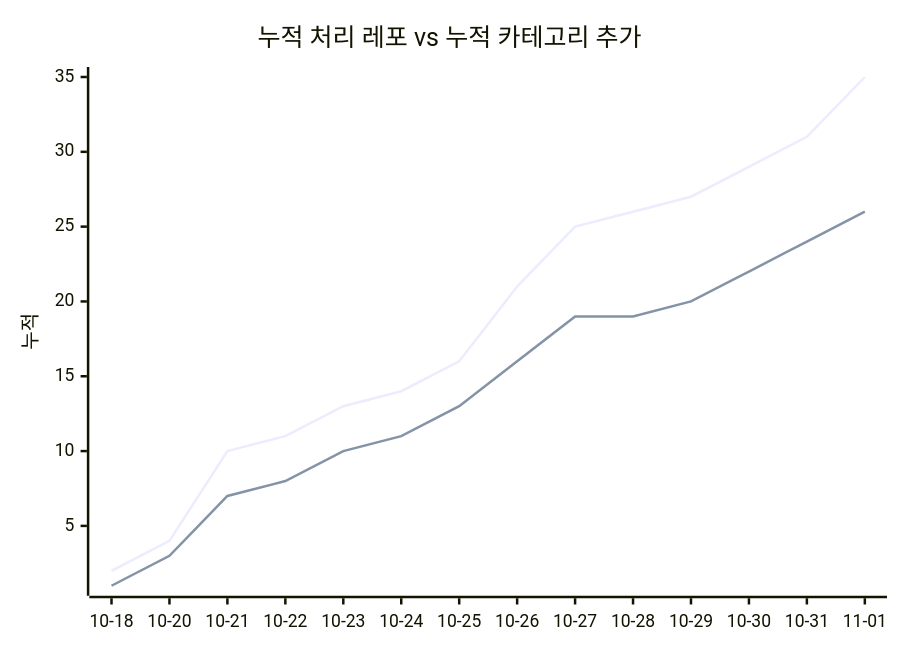
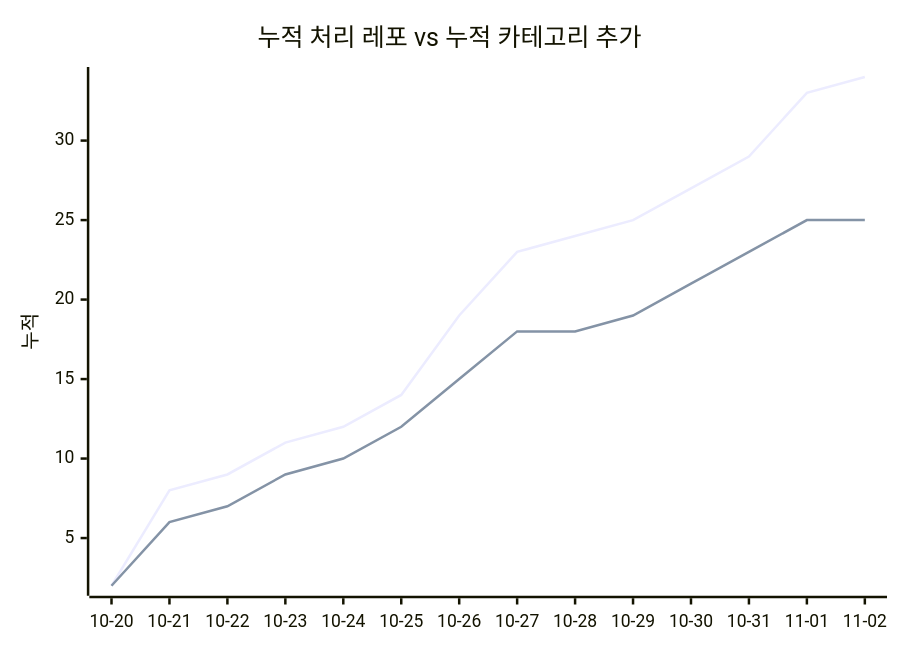
One commit to J-nowcow/awesome-korean-agent-skills changed the second of 2 diagrams in docs/trends.md. Above: the diagram before and after it, drawn with Mermaid. The commit also changed other lines of this file and 2 other files, not shown here.

````diff
--- a/docs/trends.md
+++ b/docs/trends.md
@@ -68,8 +68,8 @@
 ```mermaid
 xychart-beta
     title "누적 처리 레포 vs 누적 카테고리 추가"
-    x-axis ["10-18","10-20","10-21","10-22","10-23","10-24","10-25","10-26","10-27","10-28","10-29","10-30","10-31","11-01"]
+    x-axis ["10-20","10-21","10-22","10-23","10-24","10-25","10-26","10-27","10-28","10-29","10-30","10-31","11-01","11-02"]
     y-axis "누적"
-    line [2,4,10,11,13,14,16,21,25,26,27,29,31,35]
-    line [1,3,7,8,10,11,13,16,19,19,20,22,24,26]
+    line [2,8,9,11,12,14,19,23,24,25,27,29,33,34]
+    line [2,6,7,9,10,12,15,18,18,19,21,23,25,25]
 ```
````
